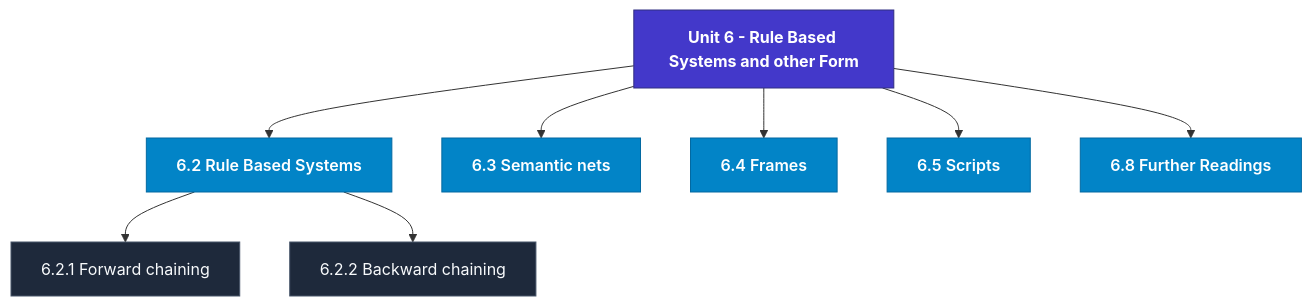
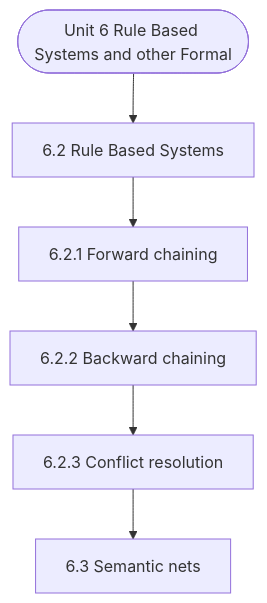
One commit to Asutosh-Coaching/mscdsa changed the diagram in notes/Semester_2/MCS-224_Artificial_Intelligence_&_Machine_Learning/unit_06_Rule_Based_Systems_and_other_Formalism.md. Above: the diagram before and after it, drawn with Mermaid. The commit also changed other lines of this file and 115 other files, not shown here.

Commit message:
Fix Mermaid layout for mobile, isolate LaTeX delimiters, and add GitHub Pages reader

````diff
--- a/notes/Semester_2/MCS-224_Artificial_Intelligence_&_Machine_Learning/unit_06_Rule_Based_Systems_and_other_Formalism.md
+++ b/notes/Semester_2/MCS-224_Artificial_Intelligence_&_Machine_Learning/unit_06_Rule_Based_Systems_and_other_Formalism.md
@@ -19,23 +19,14 @@
 ```mermaid
 flowchart TD
-  %% Styling Definitions
-  classDef head fill:#4338ca,stroke:#312e81,color:#ffffff,font-weight:bold;
-  classDef topic fill:#0284c7,stroke:#0369a1,color:#ffffff,font-weight:600;
-  classDef sub fill:#1e293b,stroke:#475569,color:#f8fafc;
-
-  Root["Unit 6 - Rule Based Systems and other Form"]:::head
-  M1["6.2 Rule Based Systems"]:::topic
-  Root --> M1
-  M1_1["6.2.1 Forward chaining"]:::sub
-  M1 --> M1_1
-  M1_2["6.2.2 Backward chaining"]:::sub
-  M1 --> M1_2
-  M2["6.3 Semantic nets"]:::topic
-  Root --> M2
-  M3["6.4 Frames"]:::topic
-  Root --> M3
-  M4["6.5 Scripts"]:::topic
-  Root --> M4
-  M5["6.8 Further Readings"]:::topic
-  Root --> M5
+  Start(["Unit 6 Rule Based Systems and other Formal"])
+  N1["6.2 Rule Based Systems"]
+  N2["6.2.1 Forward chaining"]
+  N3["6.2.2 Backward chaining"]
+  N4["6.2.3 Conflict resolution"]
+  N5["6.3 Semantic nets"]
+  Start --> N1
+  N1 --> N2
+  N2 --> N3
+  N3 --> N4
+  N4 --> N5
 ```
````
